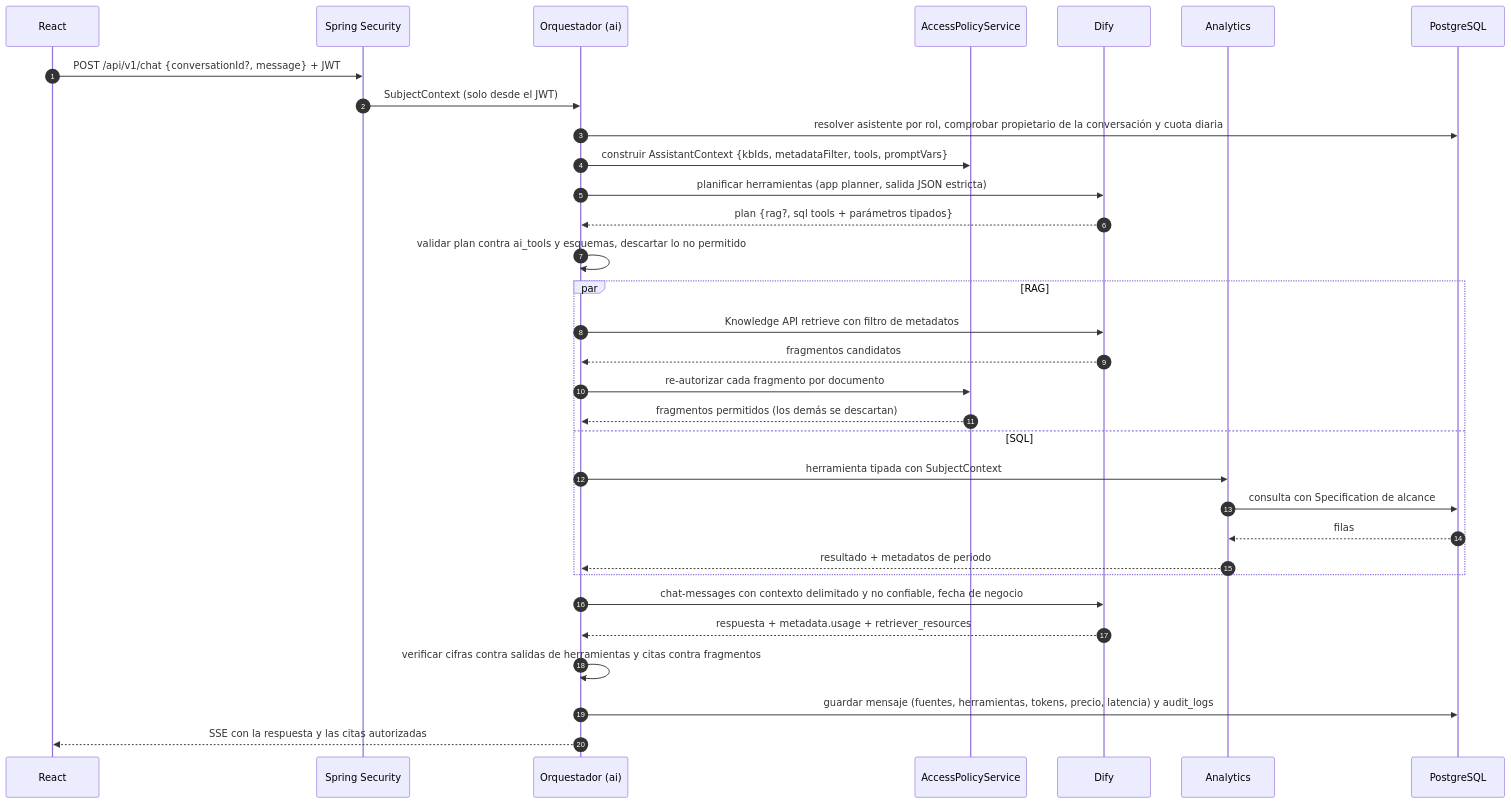
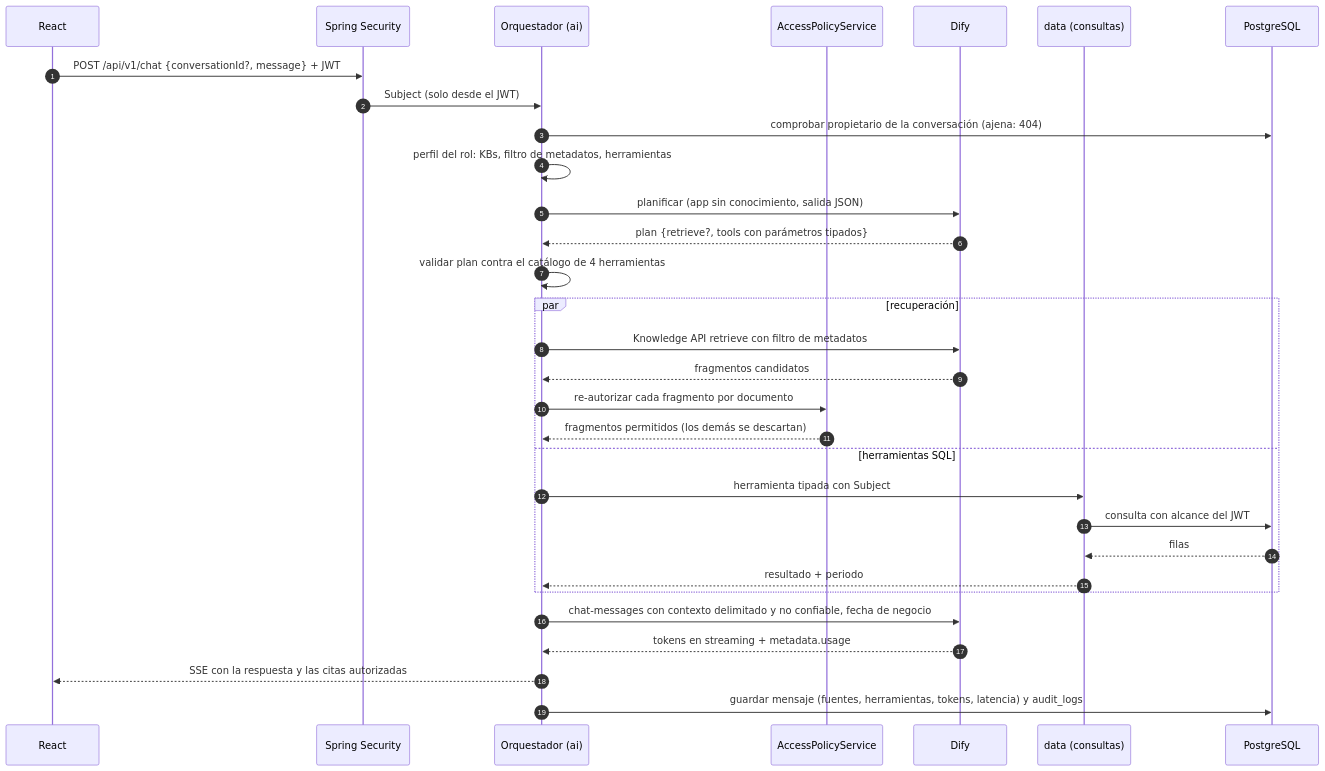
The diagram in docs/architecture/04-chat-flow.md (pedroamas/segur_plus), drawn with Mermaid before and after one commit. The commit also changed other lines of this file and 14 other files, not shown here.

Commit message:
Arquitectura y ADR 0001-0006 simplificados (5 paquetes, 4 KBs, un asistente)

````diff
--- a/docs/architecture/04-chat-flow.md
+++ b/docs/architecture/04-chat-flow.md
@@ -5,35 +5,34 @@
 ```mermaid
 sequenceDiagram
   autonumber
   participant R as React
   participant S as Spring Security
   participant O as Orquestador (ai)
   participant P as AccessPolicyService
   participant D as Dify
-  participant A as Analytics
+  participant Q as data (consultas)
   participant DB as PostgreSQL
 
   R->>S: POST /api/v1/chat {conversationId?, message} + JWT
-  S->>O: SubjectContext (solo desde el JWT)
-  O->>DB: resolver asistente por rol, comprobar propietario de la conversación y cuota diaria
-  O->>P: construir AssistantContext {kbIds, metadataFilter, tools, promptVars}
-  O->>D: planificar herramientas (app planner, salida JSON estricta)
-  D-->>O: plan {rag?, sql tools + parámetros tipados}
-  O->>O: validar plan contra ai_tools y esquemas, descartar lo no permitido
-  par RAG
+  S->>O: Subject (solo desde el JWT)
+  O->>DB: comprobar propietario de la conversación (ajena: 404)
+  O->>O: perfil del rol: KBs, filtro de metadatos, herramientas
+  O->>D: planificar (app sin conocimiento, salida JSON)
+  D-->>O: plan {retrieve?, tools con parámetros tipados}
+  O->>O: validar plan contra el catálogo de 4 herramientas
+  par recuperación
     O->>D: Knowledge API retrieve con filtro de metadatos
     D-->>O: fragmentos candidatos
     O->>P: re-autorizar cada fragmento por documento
     P-->>O: fragmentos permitidos (los demás se descartan)
-  and SQL
-    O->>A: herramienta tipada con SubjectContext
-    A->>DB: consulta con Specification de alcance
-    DB-->>A: filas
-    A-->>O: resultado + metadatos de periodo
+  and herramientas SQL
+    O->>Q: herramienta tipada con Subject
+    Q->>DB: consulta con alcance del JWT
+    DB-->>Q: filas
+    Q-->>O: resultado + periodo
   end
   O->>D: chat-messages con contexto delimitado y no confiable, fecha de negocio
-  D-->>O: respuesta + metadata.usage + retriever_resources
-  O->>O: verificar cifras contra salidas de herramientas y citas contra fragmentos
-  O->>DB: guardar mensaje (fuentes, herramientas, tokens, precio, latencia) y audit_logs
+  D-->>O: tokens en streaming + metadata.usage
   O-->>R: SSE con la respuesta y las citas autorizadas
+  O->>DB: guardar mensaje (fuentes, herramientas, tokens, latencia) y audit_logs
 ```
````
